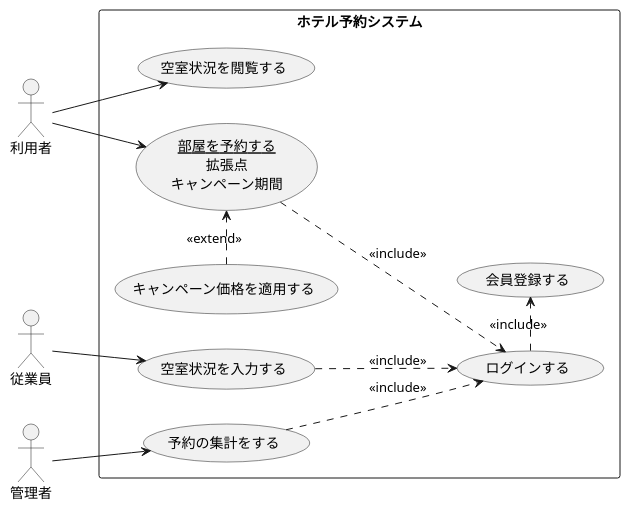
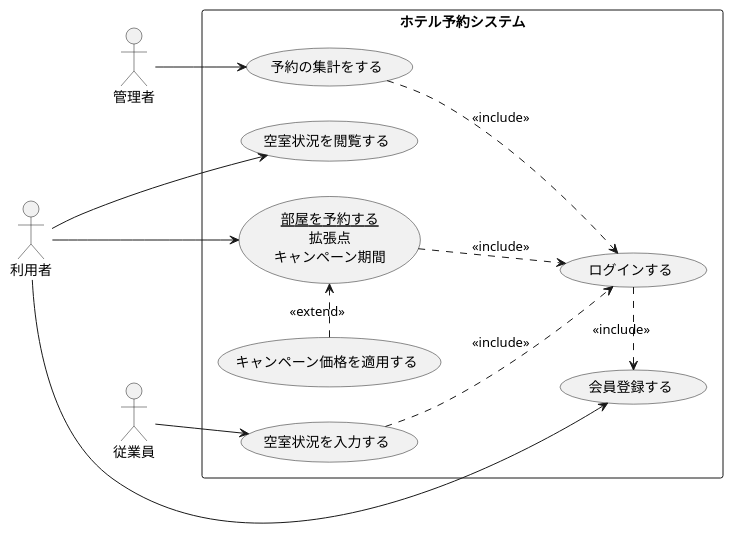
Before and after one commit to nozomu1210/uml-introduction: the diagram in 演習2-8_UC_ホテル予約システム.pu, drawn with PlantUML.

Commit message:
演習2-8

```diff
--- a/演習2-8_UC_ホテル予約システム.pu
+++ b/演習2-8_UC_ホテル予約システム.pu
@@ -1,24 +1,25 @@
 @startuml ユースケース図
 left to right direction
 actor 利用者 
 actor 従業員 
 actor 管理者 
 rectangle ホテル予約システム {
   usecase 空室状況を入力する
   usecase 空室状況を閲覧する
   usecase キャンペーン価格を適用する
   usecase 予約の集計をする
   usecase ログインする 
   usecase 会員登録する
   usecase (<u>部屋を予約する</u>\n拡張点\nキャンペーン期間) as a
 }
 利用者 -> 空室状況を閲覧する
 利用者 --> a 
+利用者 ----> 会員登録する 
 従業員 --> 空室状況を入力する
 管理者 --> 予約の集計をする
 a ..> ログインする : << include >>
 空室状況を入力する ..> ログインする : << include >>
 予約の集計をする ..> ログインする : << include >>
 キャンペーン価格を適用する .> a : <<extend>>
 ログインする .> 会員登録する : <<include>>
 @enduml
```
